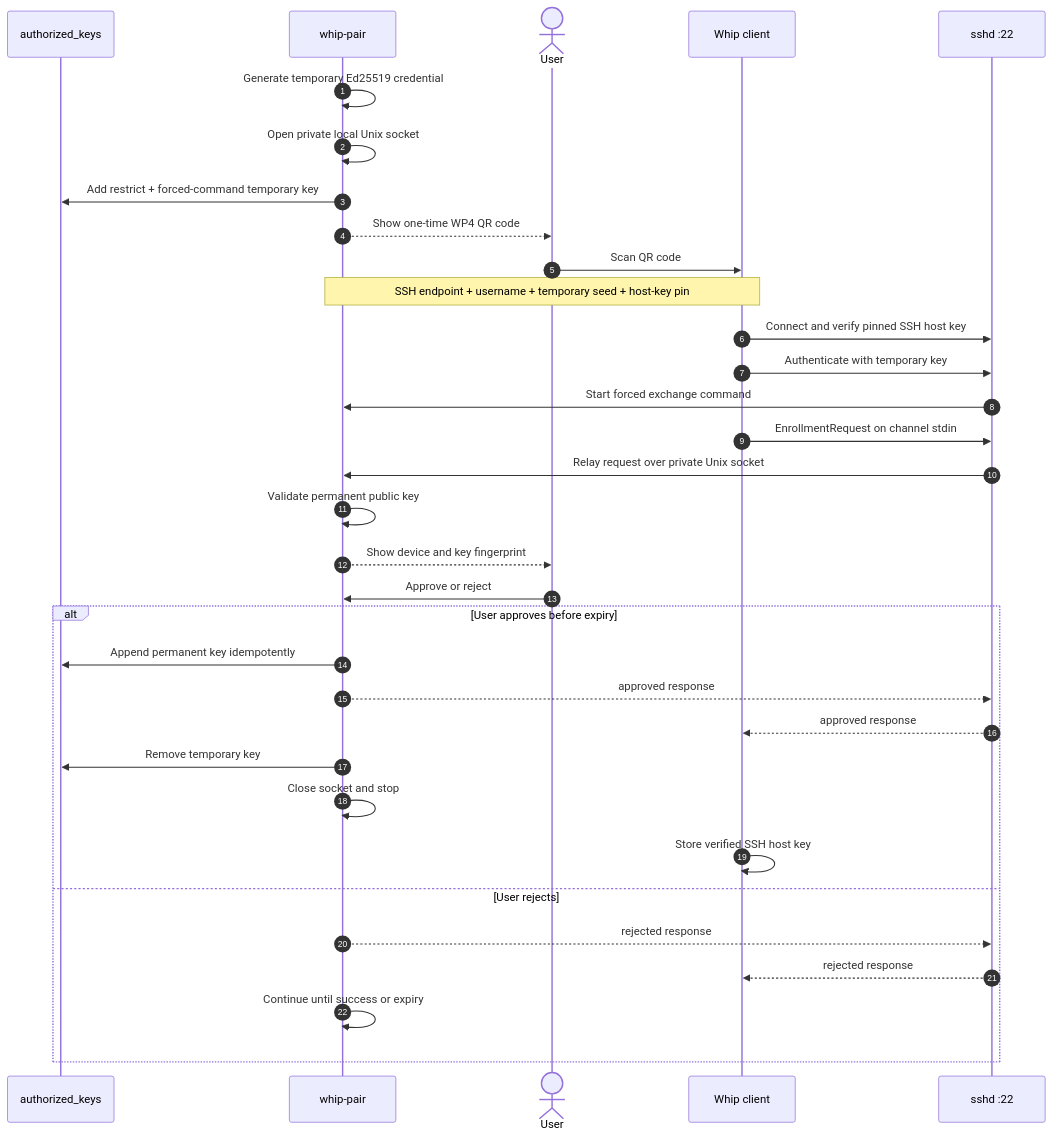
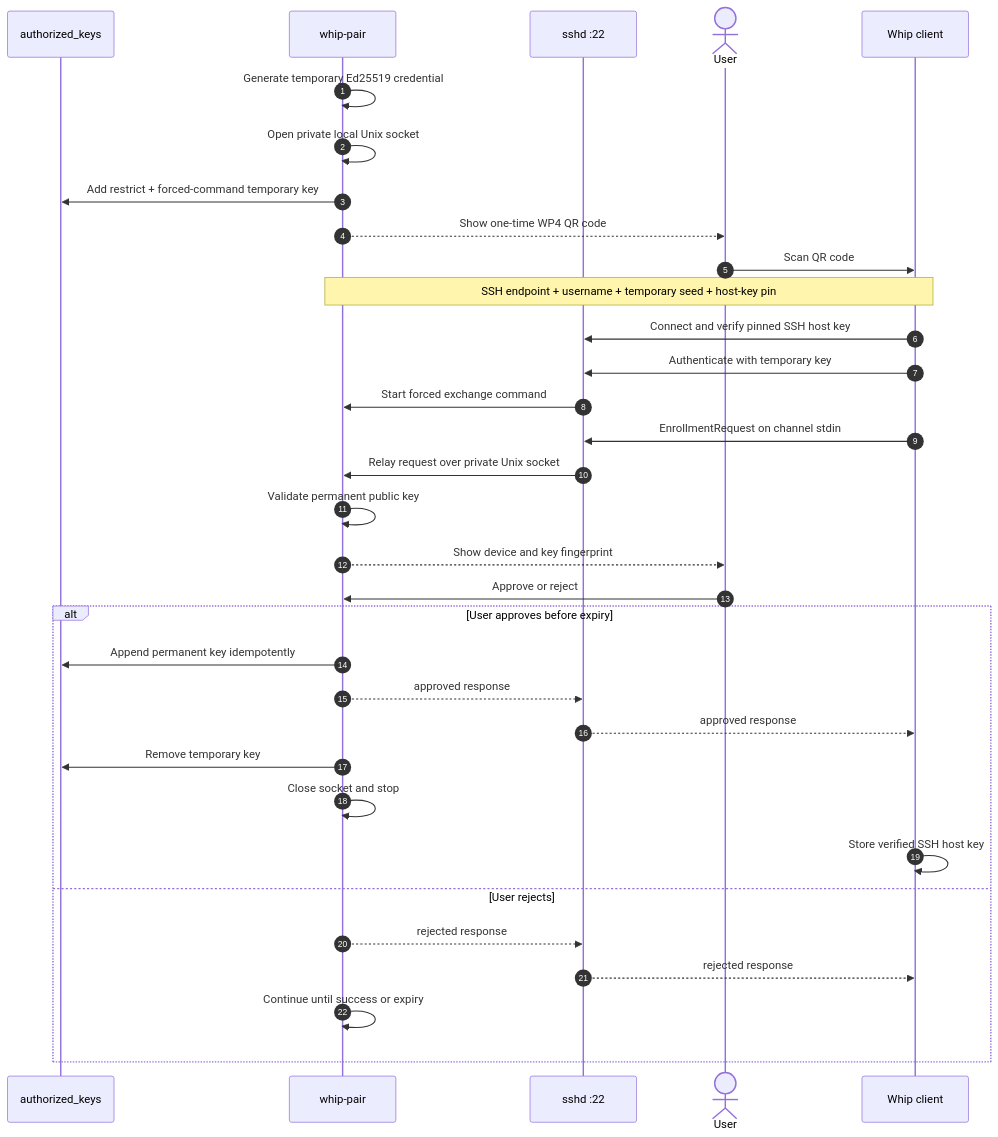
The diagram in whip-pair/docs/wp4-sequence.mmd (KaminariOS/whip), drawn with Mermaid before and after one commit. The commit also changed other lines of this file and 2 other files, not shown here.

```diff
--- a/whip-pair/docs/wp4-sequence.mmd
+++ b/whip-pair/docs/wp4-sequence.mmd
@@ -1,34 +1,34 @@
 sequenceDiagram
     autonumber
     participant Keys as authorized_keys
     participant Pair as whip-pair
+    participant SSHD as sshd :22
     actor User
     participant Whip as Whip client
-    participant SSHD as sshd :22
 
     Pair->>Pair: Generate temporary Ed25519 credential
     Pair->>Pair: Open private local Unix socket
     Pair->>Keys: Add restrict + forced-command temporary key
     Pair-->>User: Show one-time WP4 QR code
     User->>Whip: Scan QR code
     Note over Pair,Whip: SSH endpoint + username + temporary seed + host-key pin
     Whip->>SSHD: Connect and verify pinned SSH host key
     Whip->>SSHD: Authenticate with temporary key
     SSHD->>Pair: Start forced exchange command
     Whip->>SSHD: EnrollmentRequest on channel stdin
     SSHD->>Pair: Relay request over private Unix socket
     Pair->>Pair: Validate permanent public key
     Pair-->>User: Show device and key fingerprint
     User->>Pair: Approve or reject
     alt User approves before expiry
         Pair->>Keys: Append permanent key idempotently
         Pair-->>SSHD: approved response
         SSHD-->>Whip: approved response
         Pair->>Keys: Remove temporary key
         Pair->>Pair: Close socket and stop
         Whip->>Whip: Store verified SSH host key
     else User rejects
         Pair-->>SSHD: rejected response
         SSHD-->>Whip: rejected response
         Pair->>Pair: Continue until success or expiry
     end
```
